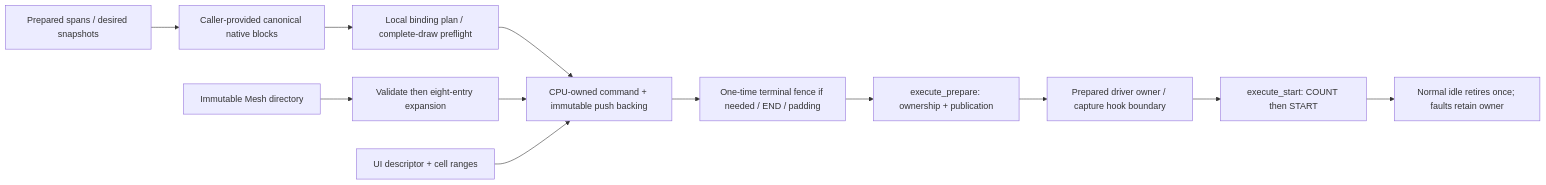
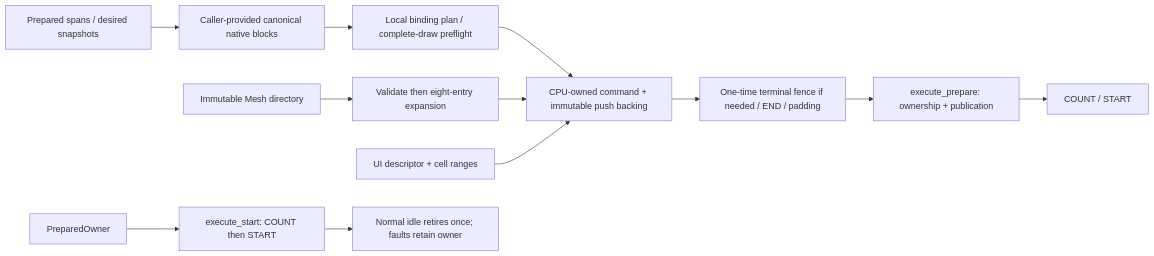
The second of 2 diagrams in systems/cpu-v3-tang-nano-20k/docs/gpu-api-storage.md (misdake/DigitalDesign), drawn with Mermaid before and after one commit. The commit also changed other lines of this file and 126 other files, not shown here.

````diff
--- a/systems/cpu-v3-tang-nano-20k/docs/gpu-api-storage.md
+++ b/systems/cpu-v3-tang-nano-20k/docs/gpu-api-storage.md
@@ -747,14 +668,14 @@
 ```mermaid
 flowchart LR
     Prepared["Prepared spans / desired snapshots"] --> Native["Caller-provided canonical native blocks"]
     Native --> Bind["Local binding plan / complete-draw preflight"]
     Directory["Immutable Mesh directory"] --> Mesh["Validate then eight-entry expansion"]
     Bind --> Stored["CPU-owned command + immutable push backing"]
     Mesh --> Stored
     UI["UI descriptor + cell ranges"] --> Stored
     Stored --> Seal["One-time terminal fence if needed / END / padding"]
     Seal --> Publish["execute_prepare: ownership + publication"]
-    Publish --> PreparedOwner["Prepared driver owner / capture hook boundary"]
+    Publish --> Start["COUNT / START"]
     PreparedOwner --> Send["execute_start: COUNT then START"]
     Send --> Poll["Normal idle retires once; faults retain owner"]
 ```
````
